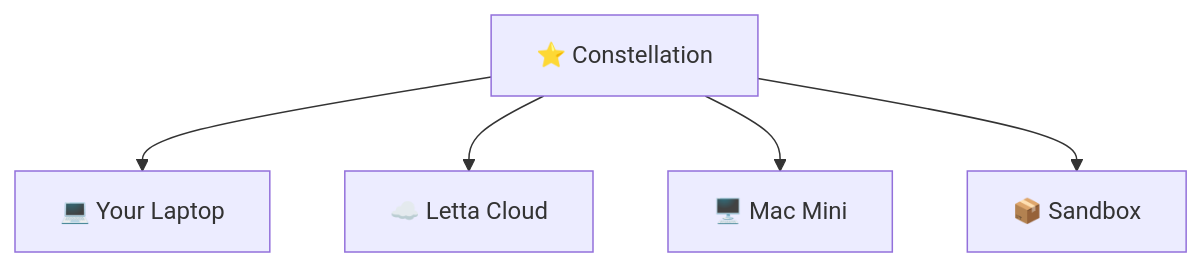
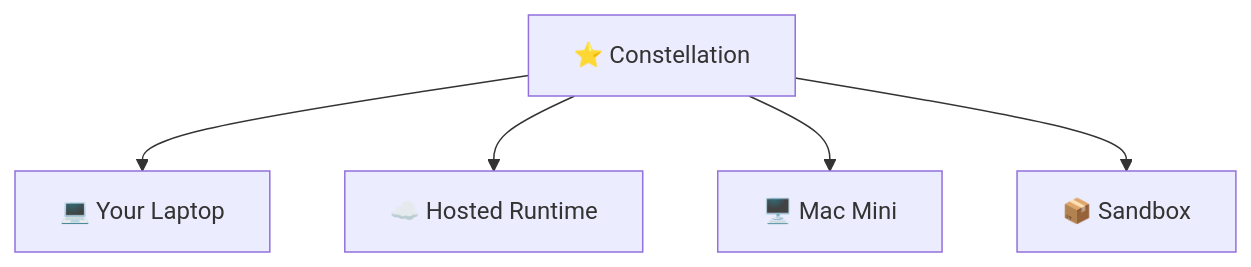
The diagram in README.md (letta-ai/letta-code), drawn with Mermaid before and after one commit. The commit also changed 17 other files, not shown here.

First line of the commit message:
copy: replace Letta Cloud references with Constellation

````diff
--- a/README.md
+++ b/README.md
@@ -97,8 +97,8 @@
 ```mermaid
 graph TD
     Constellation["⭐ Constellation"]
     Constellation --> A["💻 Your Laptop"]
-    Constellation --> B["☁️ Letta Cloud"]
+    Constellation --> B["☁️ Hosted Runtime"]
     Constellation --> C["🖥️ Mac Mini"]
     Constellation --> D["📦 Sandbox"]
 ```
````
